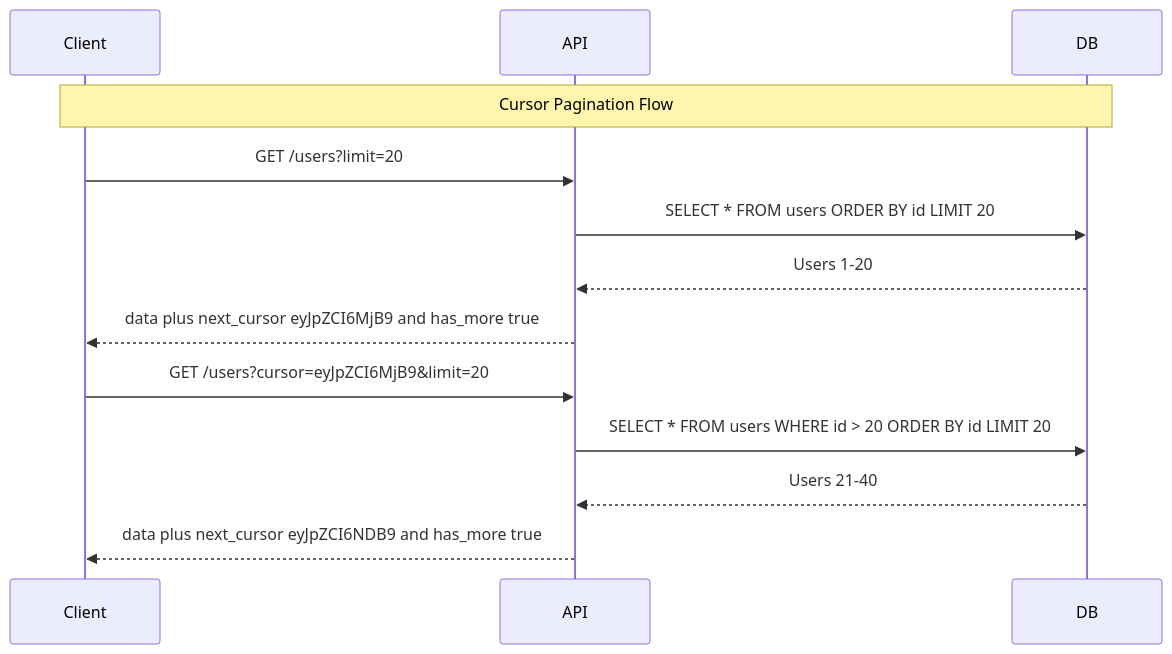
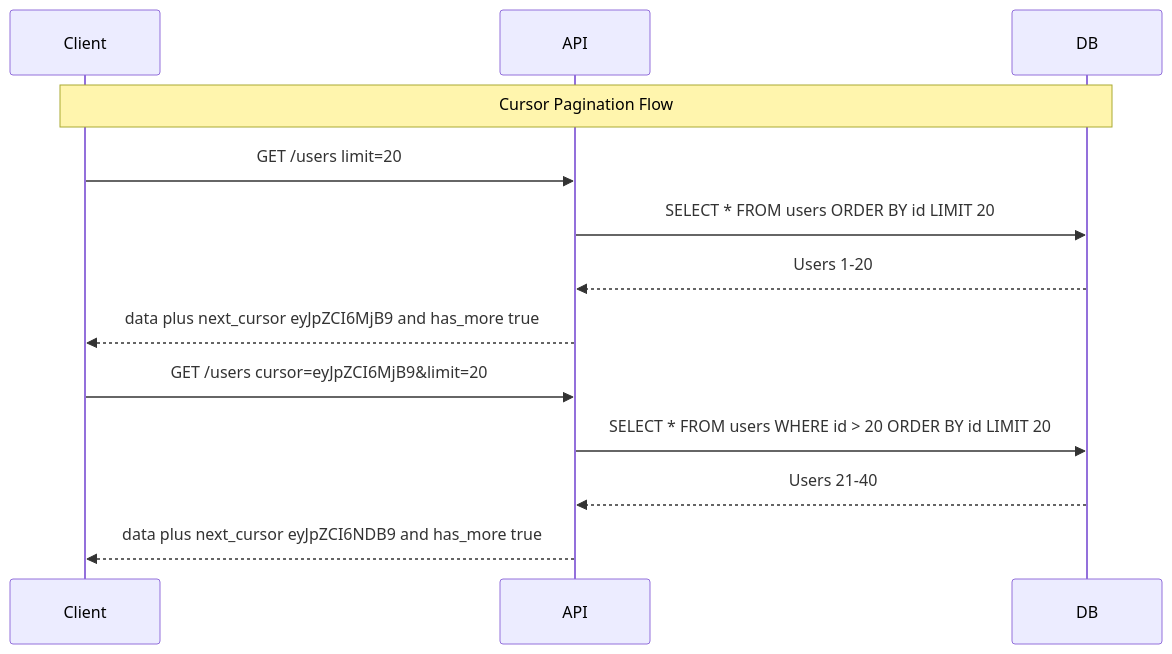
Before and after one commit to ranjeetnegi/System-Design-for-Staff-SWE: the third of 17 diagrams in Section0/Chapter_2_APIs_Frontend_Backend_DB.md, drawn with Mermaid. The commit also changed other lines of this file and 11 other files, not shown here.

````diff
--- a/Section0/Chapter_2_APIs_Frontend_Backend_DB.md
+++ b/Section0/Chapter_2_APIs_Frontend_Backend_DB.md
@@ -276,17 +276,17 @@
 ```mermaid
 sequenceDiagram
     participant Client
     participant API
     participant DB
 
     Note over Client,DB: Cursor Pagination Flow
-    Client->>API: GET /users?limit=20
+    Client->>API: GET /users limit=20
     API->>DB: SELECT * FROM users ORDER BY id LIMIT 20
     DB-->>API: Users 1-20
     API-->>Client: data plus next_cursor eyJpZCI6MjB9 and has_more true
 
-    Client->>API: GET /users?cursor=eyJpZCI6MjB9&limit=20
+    Client->>API: GET /users cursor=eyJpZCI6MjB9&limit=20
     API->>DB: SELECT * FROM users WHERE id > 20 ORDER BY id LIMIT 20
     DB-->>API: Users 21-40
     API-->>Client: data plus next_cursor eyJpZCI6NDB9 and has_more true
 ```
````
